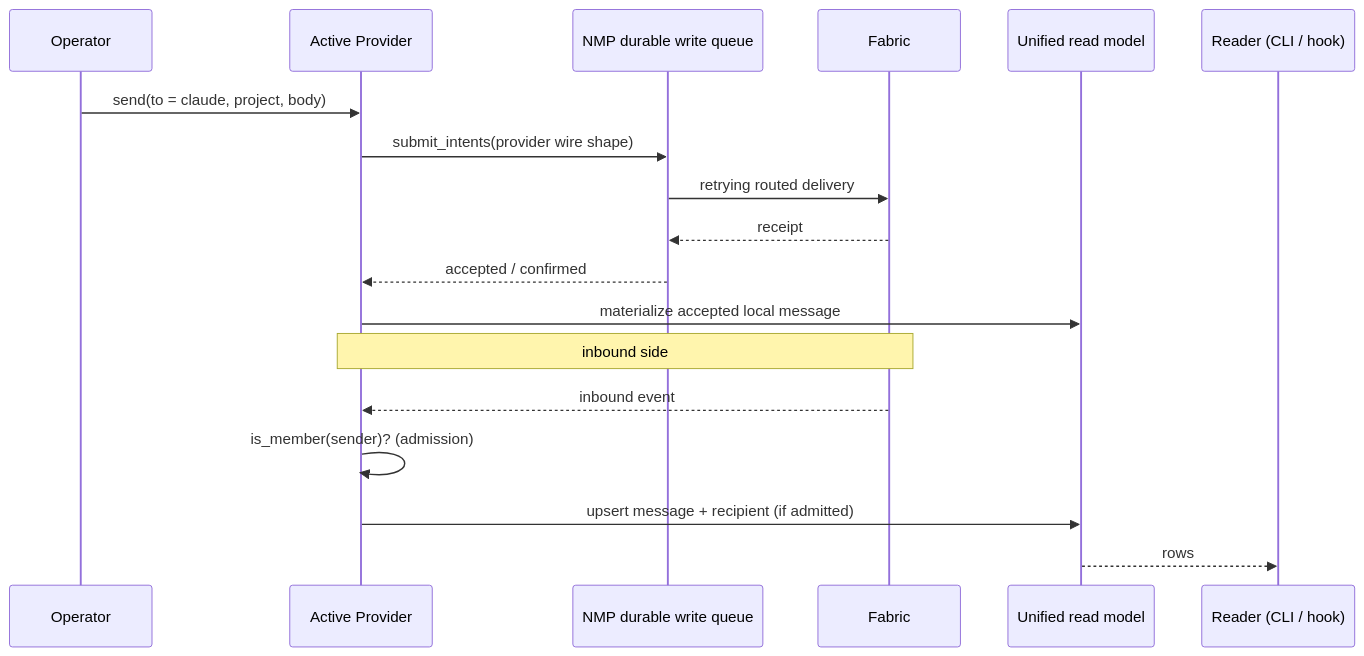
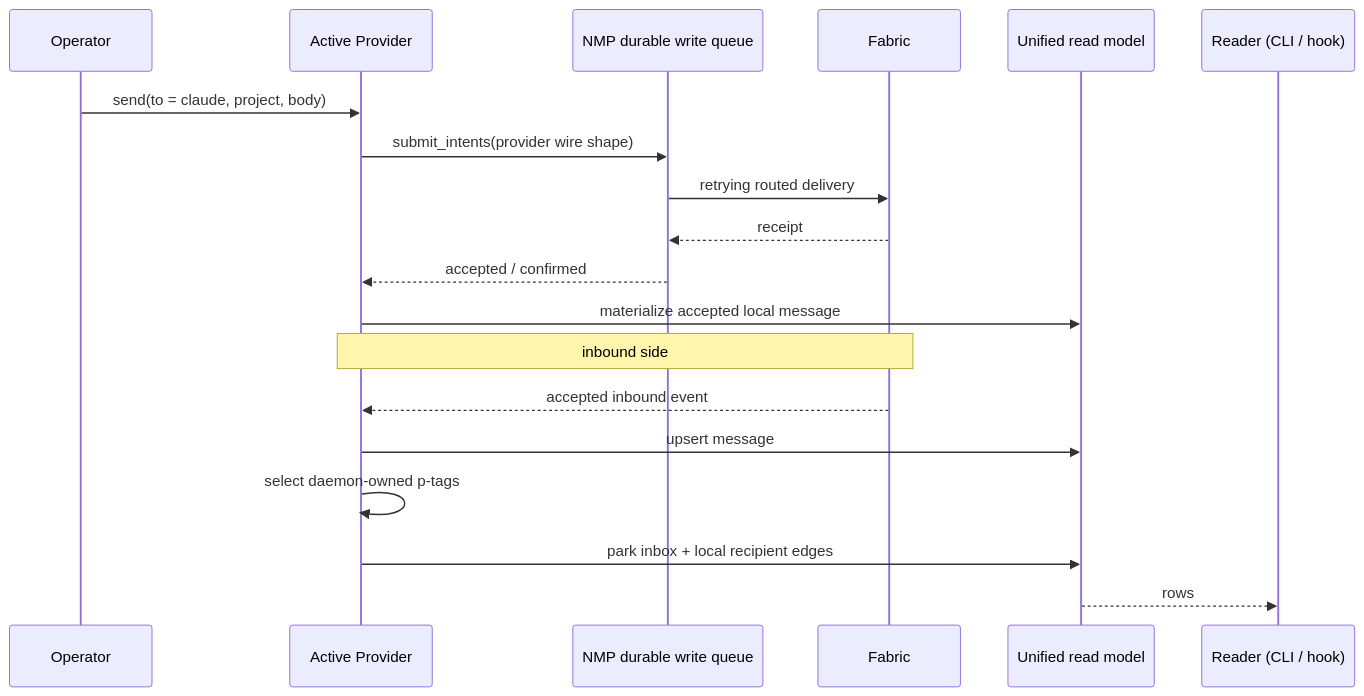
Before and after one commit to pablof7z/mosaico: the sixth of 6 diagrams in docs/fabric-architecture.md, drawn with Mermaid. The commit also changed other lines of this file and 38 other files, not shown here.

````diff
--- a/docs/fabric-architecture.md
+++ b/docs/fabric-architecture.md
@@ -354,23 +354,24 @@
 ```mermaid
 sequenceDiagram
     participant ME as Operator
     participant P as Active Provider
     participant NMP as NMP durable write queue
     participant FAB as Fabric
     participant STORE as Unified read model
     participant RD as Reader (CLI / hook)
 
     ME->>P: send(to = claude, project, body)
     P->>NMP: submit_intents(provider wire shape)
     NMP->>FAB: retrying routed delivery
     FAB-->>NMP: receipt
     NMP-->>P: accepted / confirmed
     P->>STORE: materialize accepted local message
 
     Note over FAB,P: inbound side
-    FAB-->>P: inbound event
-    P->>P: is_member(sender)?  (admission)
-    P->>STORE: upsert message + recipient (if admitted)
+    FAB-->>P: accepted inbound event
+    P->>STORE: upsert message
+    P->>P: select daemon-owned p-tags
+    P->>STORE: park inbox + local recipient edges
 
     STORE-->>RD: rows
 ```
````
